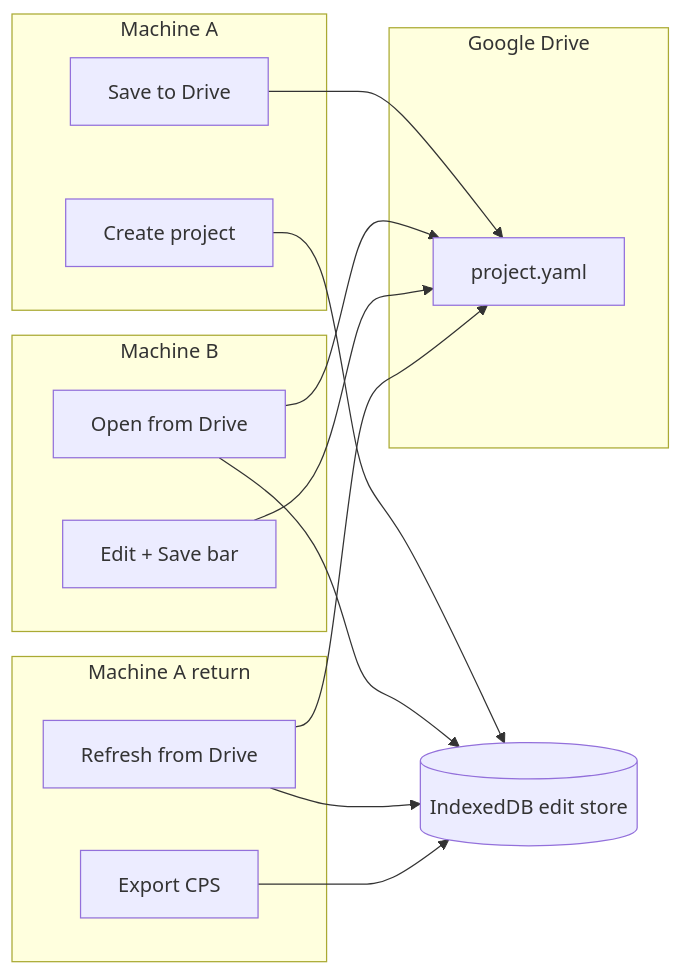
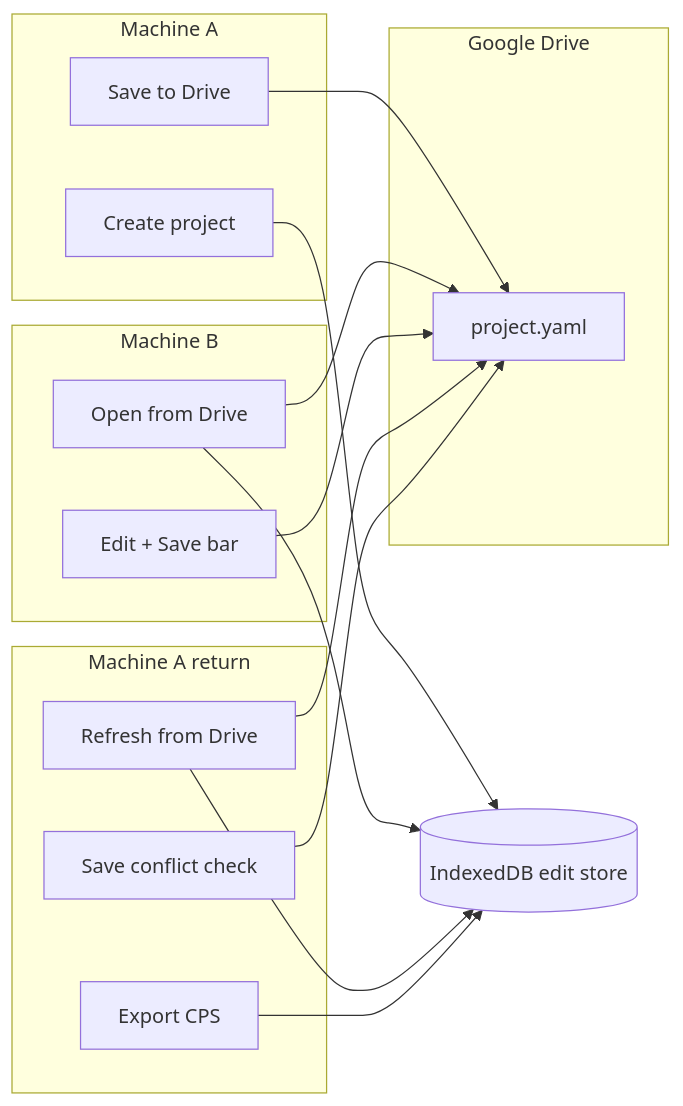
One commit to pskillen/codeplug-studio changed the first of 2 diagrams in docs/features/workflows/operator-lifecycle.md. Above: the diagram before and after it, drawn with Mermaid. The commit also changed other lines of this file and 13 other files, not shown here.

First line of the commit message:
docs: Drive save conflict detection and operator choices

````diff
--- a/docs/features/workflows/operator-lifecycle.md
+++ b/docs/features/workflows/operator-lifecycle.md
@@ -9,28 +9,30 @@
 ```mermaid
 flowchart LR
   subgraph machineA [Machine A]
     A1[Create project]
     A2[Save to Drive]
   end
   subgraph drive [Google Drive]
     YAML[project.yaml]
   end
   subgraph machineB [Machine B]
     B1[Open from Drive]
     B2[Edit + Save bar]
   end
   subgraph machineA2 [Machine A return]
     R1[Refresh from Drive]
-    R2[Export CPS]
+    R2[Save conflict check]
+    R3[Export CPS]
   end
   IDB[(IndexedDB edit store)]
 
   A1 --> IDB
   A2 --> YAML
   B1 --> YAML
   B1 --> IDB
   B2 --> YAML
   R1 --> YAML
   R1 --> IDB
-  R2 --> IDB
+  R2 --> YAML
+  R3 --> IDB
 ```
````
